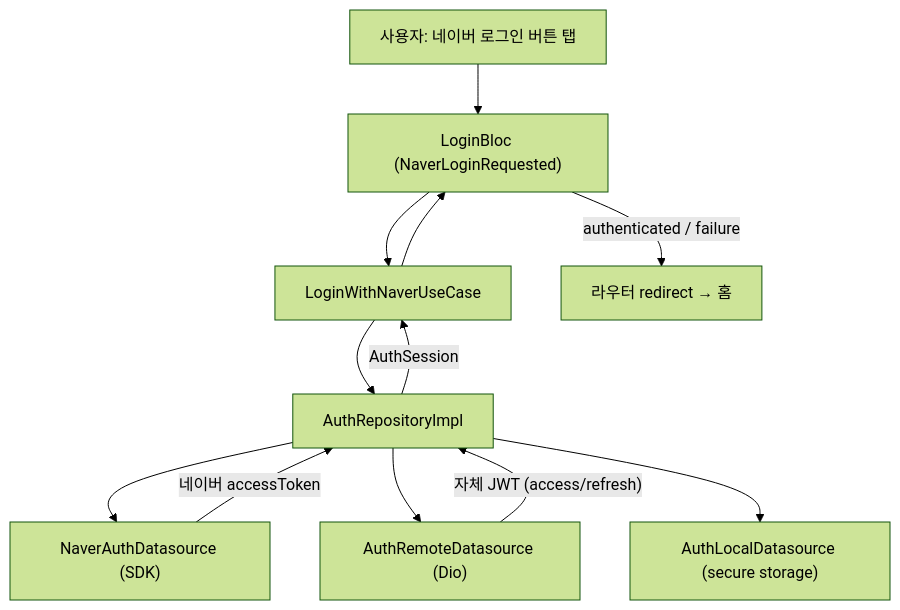
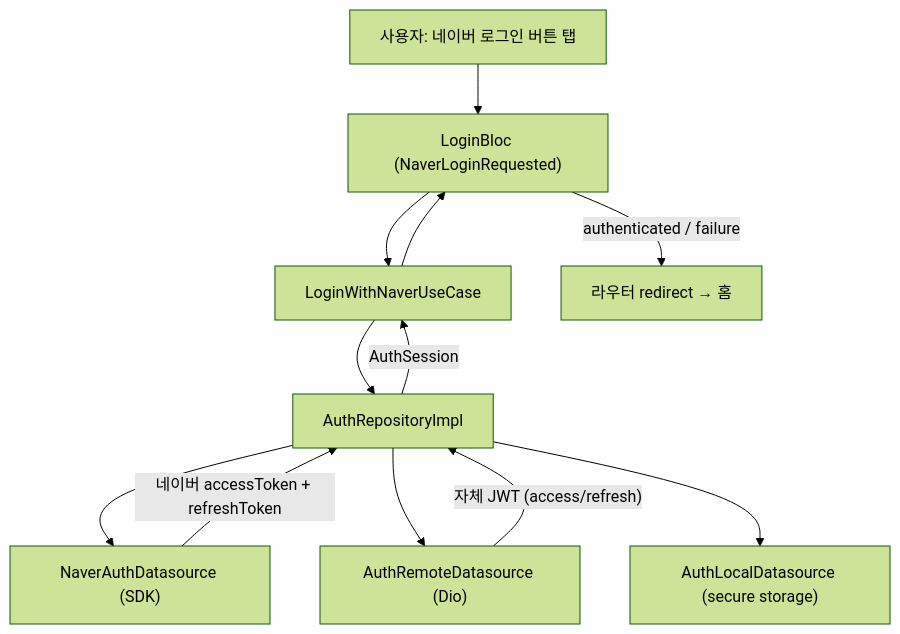
The diagram in ssoss_flutter/docs/specs/auth/naver-login/tdd.md (Central-MakeUs/ssoss-client), drawn with Mermaid (forest theme) before and after one commit. The commit also changed other lines of this file and 40 other files, not shown here.

First line of the commit message:
fix: 소셜 로그인·탈퇴 플로우 보완 및 로그인 UI 정리

````diff
--- a/ssoss_flutter/docs/specs/auth/naver-login/tdd.md
+++ b/ssoss_flutter/docs/specs/auth/naver-login/tdd.md
@@ -48,14 +48,14 @@
 ```mermaid
 flowchart TD
     User["사용자: 네이버 로그인 버튼 탭"] --> Bloc["LoginBloc (NaverLoginRequested)"]
     Bloc --> UseCase["LoginWithNaverUseCase"]
     UseCase --> Repo["AuthRepositoryImpl"]
     Repo --> Naver["NaverAuthDatasource (SDK)"]
-    Naver -->|"네이버 accessToken"| Repo
+    Naver -->|"네이버 accessToken + refreshToken"| Repo
     Repo --> Remote["AuthRemoteDatasource (Dio)"]
     Remote -->|"자체 JWT (access/refresh)"| Repo
     Repo --> Local["AuthLocalDatasource (secure storage)"]
     Repo -->|"AuthSession"| UseCase
     UseCase --> Bloc
     Bloc -->|"authenticated / failure"| Router["라우터 redirect → 홈"]
 ```
````
